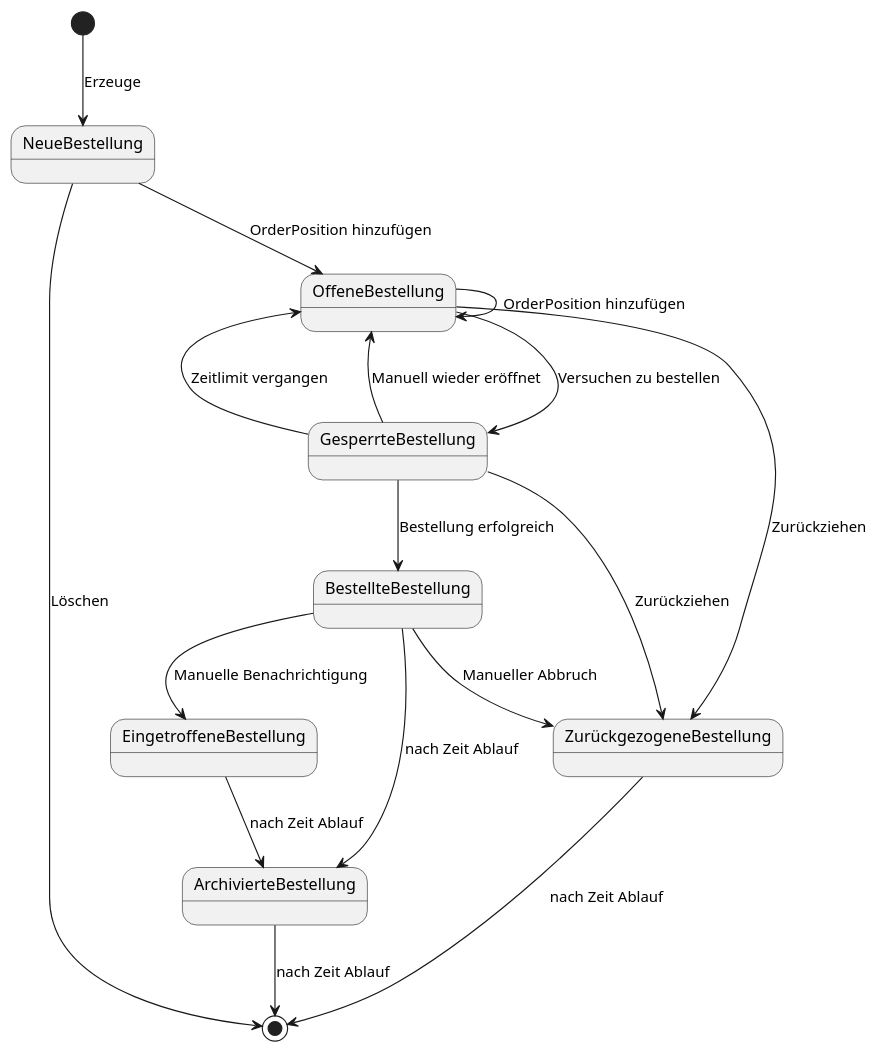
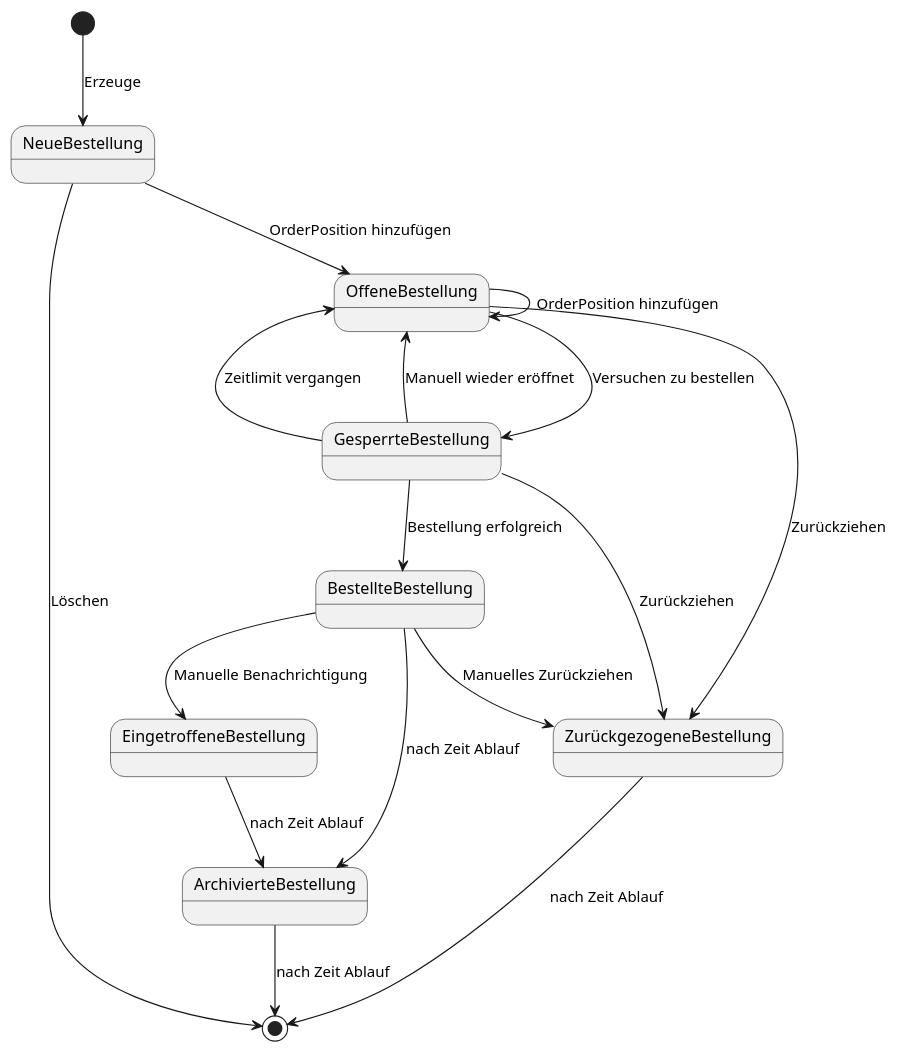
The diagram in order-states.puml (Skym0sh0/in-the-mealtime), drawn with PlantUML before and after one commit. The commit also changed 3 other files, not shown here.

```diff
--- a/order-states.puml
+++ b/order-states.puml
@@ -1,27 +1,27 @@
 @startuml
 [*] --> NeueBestellung : Erzeuge
 
 NeueBestellung -->[*]: Löschen
 
 NeueBestellung --> OffeneBestellung : OrderPosition hinzufügen
 OffeneBestellung --> OffeneBestellung : OrderPosition hinzufügen
 
 OffeneBestellung --> GesperrteBestellung : Versuchen zu bestellen
 GesperrteBestellung --> OffeneBestellung : Zeitlimit vergangen
 GesperrteBestellung --> OffeneBestellung : Manuell wieder eröffnet
 GesperrteBestellung --> BestellteBestellung: Bestellung erfolgreich
 
 OffeneBestellung --> ZurückgezogeneBestellung : Zurückziehen
 GesperrteBestellung --> ZurückgezogeneBestellung : Zurückziehen
 ZurückgezogeneBestellung --> [*] : nach Zeit Ablauf
 
 BestellteBestellung --> EingetroffeneBestellung : Manuelle Benachrichtigung
 
-BestellteBestellung --> ZurückgezogeneBestellung : Manueller Abbruch
+BestellteBestellung --> ZurückgezogeneBestellung : Manuelles Zurückziehen
 
 BestellteBestellung --> ArchivierteBestellung: nach Zeit Ablauf
 EingetroffeneBestellung --> ArchivierteBestellung: nach Zeit Ablauf
 
 ArchivierteBestellung --> [*] : nach Zeit Ablauf
 
 @enduml
```
